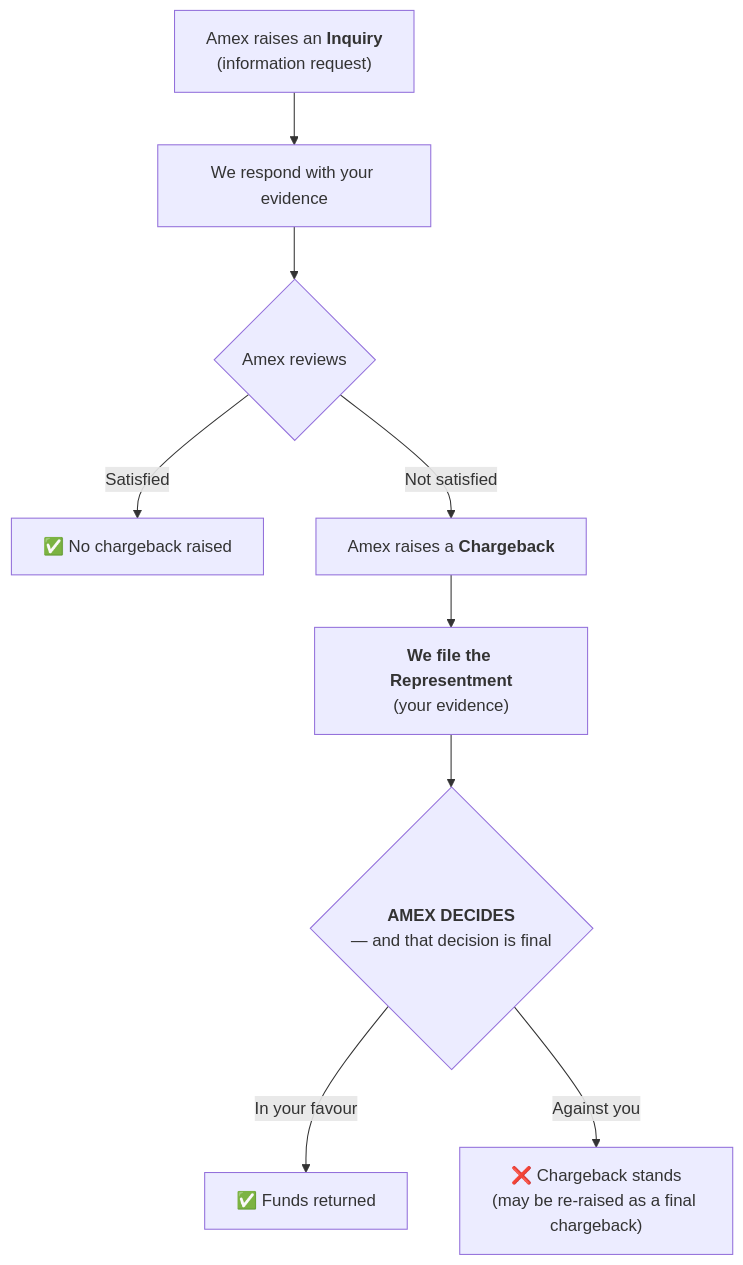
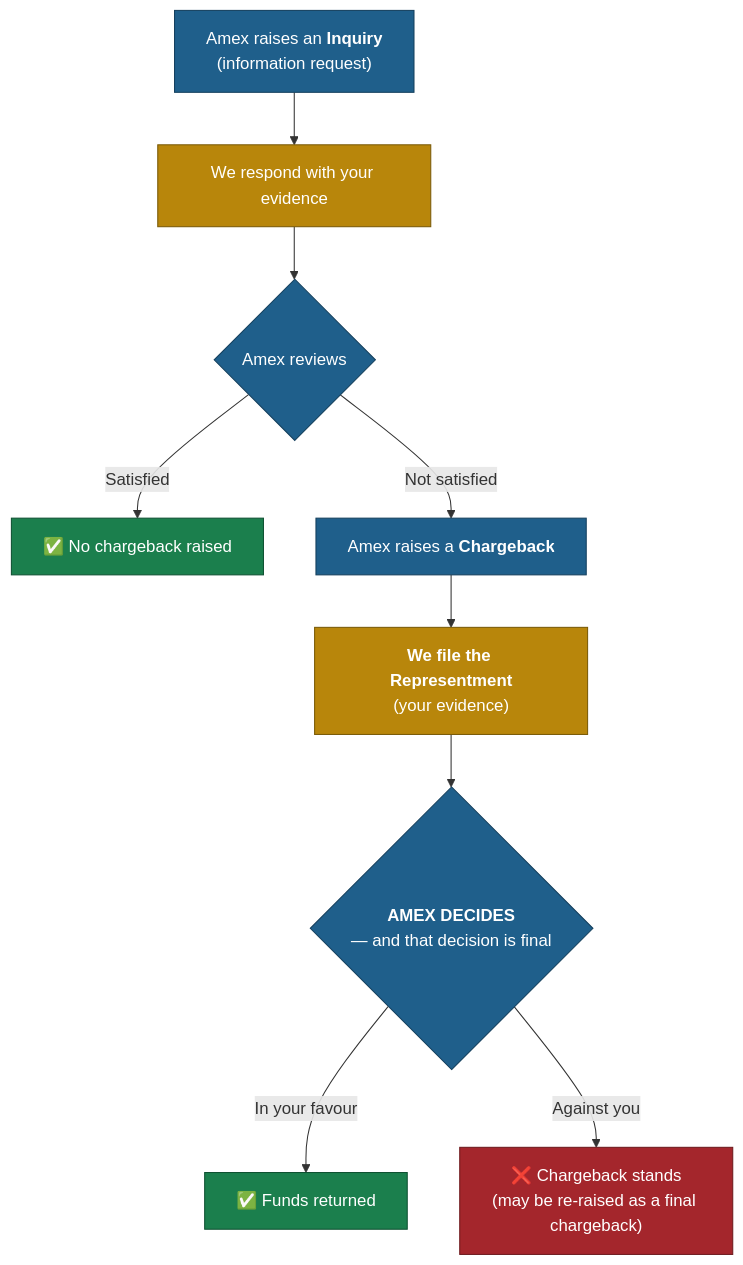
One commit to rowintharanee-sys/Claude changed the sixth of 7 diagrams in docs/dispute-second-cycle-pre-arbitration-and-arbitration.md. Above: the diagram before and after it, drawn with Mermaid. The commit also changed other lines of this file and 17 other files, not shown here.

First line of the commit message:
Ship sharp, downloadable flow diagrams

````diff
--- a/docs/dispute-second-cycle-pre-arbitration-and-arbitration.md
+++ b/docs/dispute-second-cycle-pre-arbitration-and-arbitration.md
@@ -356,11 +409,22 @@
 ```mermaid
 flowchart TD
     A["Amex raises an <b>Inquiry</b><br/>(information request)"] --> B["We respond with your evidence"]
     B --> C{"Amex reviews"}
     C -->|Satisfied| W["✅ No chargeback raised"]
     C -->|Not satisfied| D["Amex raises a <b>Chargeback</b>"]
     D --> E["<b>We file the Representment</b><br/>(your evidence)"]
     E --> F{"<b>AMEX DECIDES</b><br/>— and that decision is final"}
     F -->|In your favour| W2["✅ Funds returned"]
     F -->|Against you| L["❌ Chargeback stands<br/>(may be re-raised as a final chargeback)"]
+
+    classDef merchant fill:#b8860b,stroke:#7a5a07,color:#ffffff
+    classDef issuer fill:#1f5f8b,stroke:#15405e,color:#ffffff
+    classDef win fill:#1b7f4d,stroke:#0f5132,color:#ffffff
+    classDef loss fill:#a4262c,stroke:#6e1a1e,color:#ffffff
+    classDef arb fill:#5b3f9e,stroke:#3d2a6b,color:#ffffff
+    classDef neutral fill:#eef1f5,stroke:#8a94a3,color:#1a1a1a
+    class A,C,D,F issuer
+    class B,E merchant
+    class W,W2 win
+    class L loss
 ```
````
